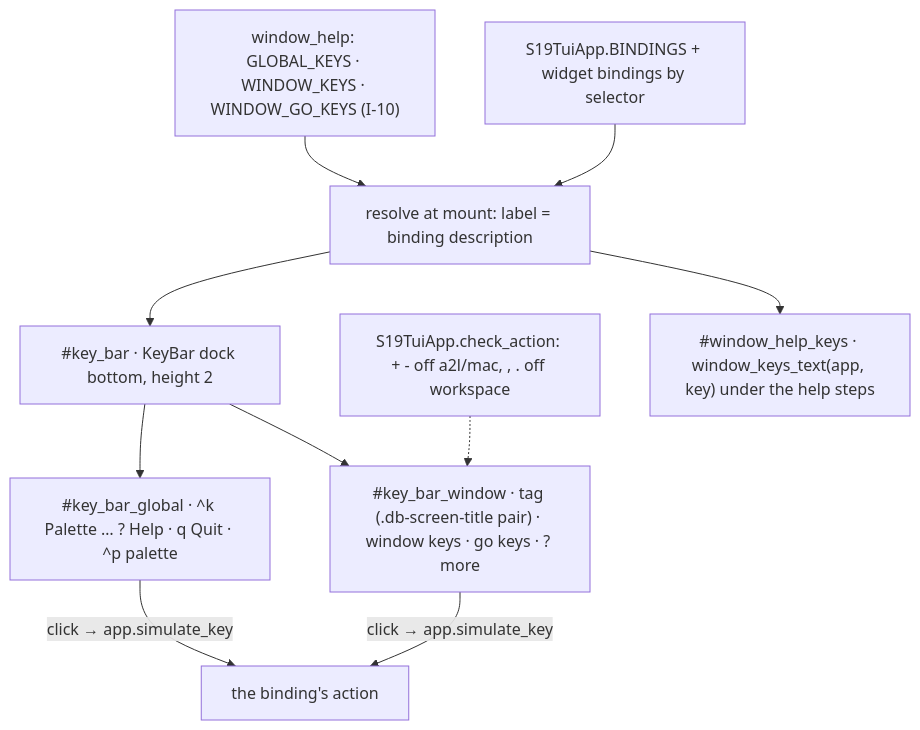
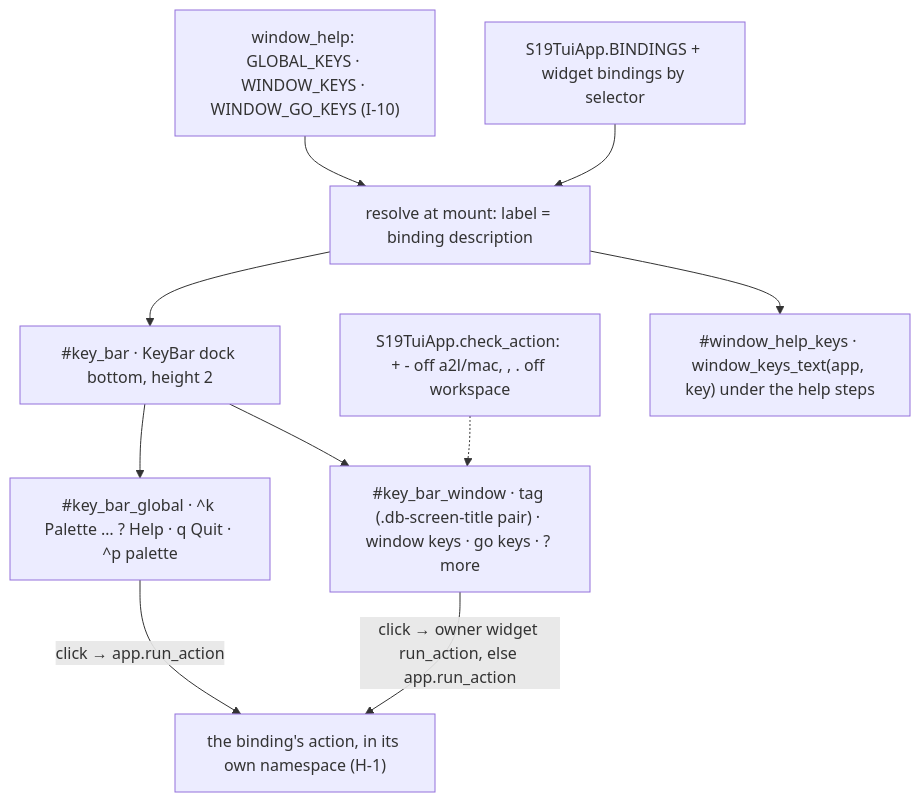
The sixth of 6 diagrams in .dev-flow/2026-10-19-batch-97/design/design-proposal.md (jav201/s19_app), drawn with Mermaid before and after one commit. The commit also changed other lines of this file and 56 other files, not shown here.

````diff
--- a/.dev-flow/2026-10-19-batch-97/design/design-proposal.md
+++ b/.dev-flow/2026-10-19-batch-97/design/design-proposal.md
@@ -147,12 +223,12 @@
 ```mermaid
 graph TD
   T["window_help: GLOBAL_KEYS · WINDOW_KEYS · WINDOW_GO_KEYS (I-10)"] --> RS["resolve at mount: label = binding description"]
   B["S19TuiApp.BINDINGS + widget bindings by selector"] --> RS
   RS --> KB["#key_bar · KeyBar dock bottom, height 2"]
   KB --> R1["#key_bar_global · ^k Palette … ? Help · q Quit · ^p palette"]
   KB --> R2["#key_bar_window · tag (.db-screen-title pair) · window keys · go keys · ? more"]
   CA["S19TuiApp.check_action: + - off a2l/mac, , . off workspace"] -.-> R2
   RS --> HK["#window_help_keys · window_keys_text(app, key) under the help steps"]
-  R1 -->|"click → app.simulate_key"| ACT["the binding's action"]
-  R2 -->|"click → app.simulate_key"| ACT
+  R1 -->|"click → app.run_action"| ACT["the binding's action, in its own namespace (H-1)"]
+  R2 -->|"click → owner widget run_action, else app.run_action"| ACT
 ```
````
